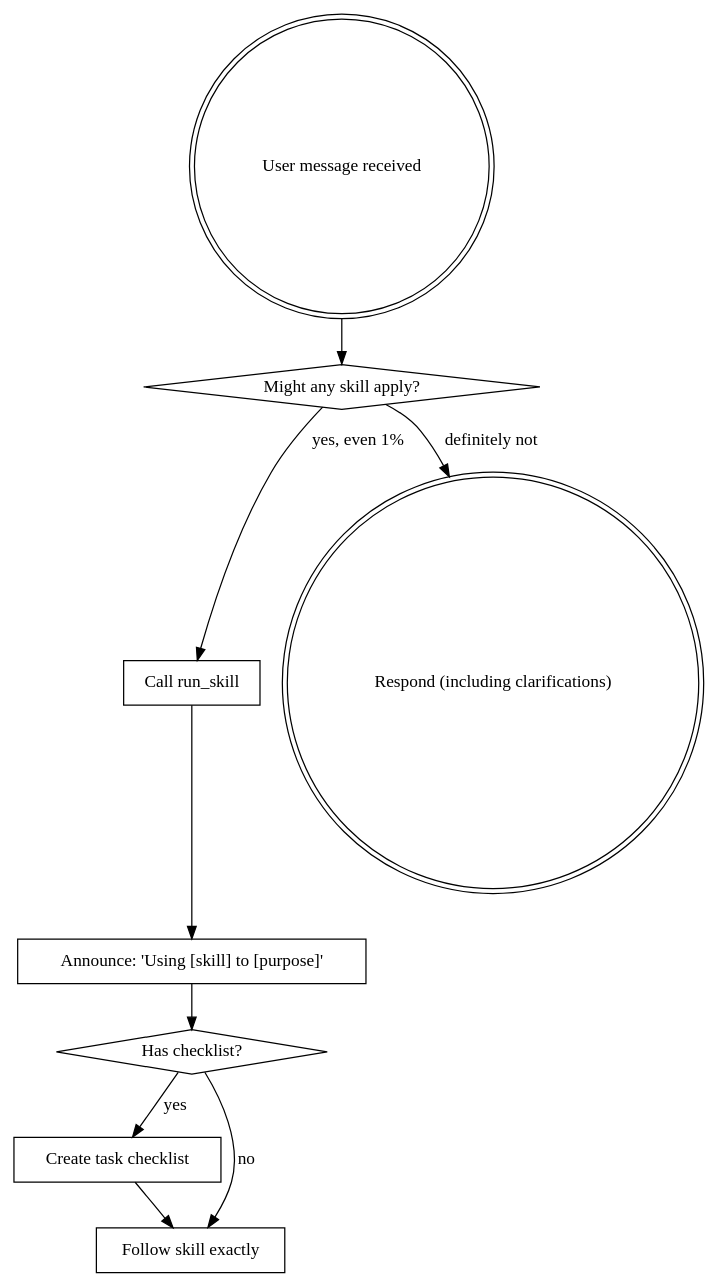
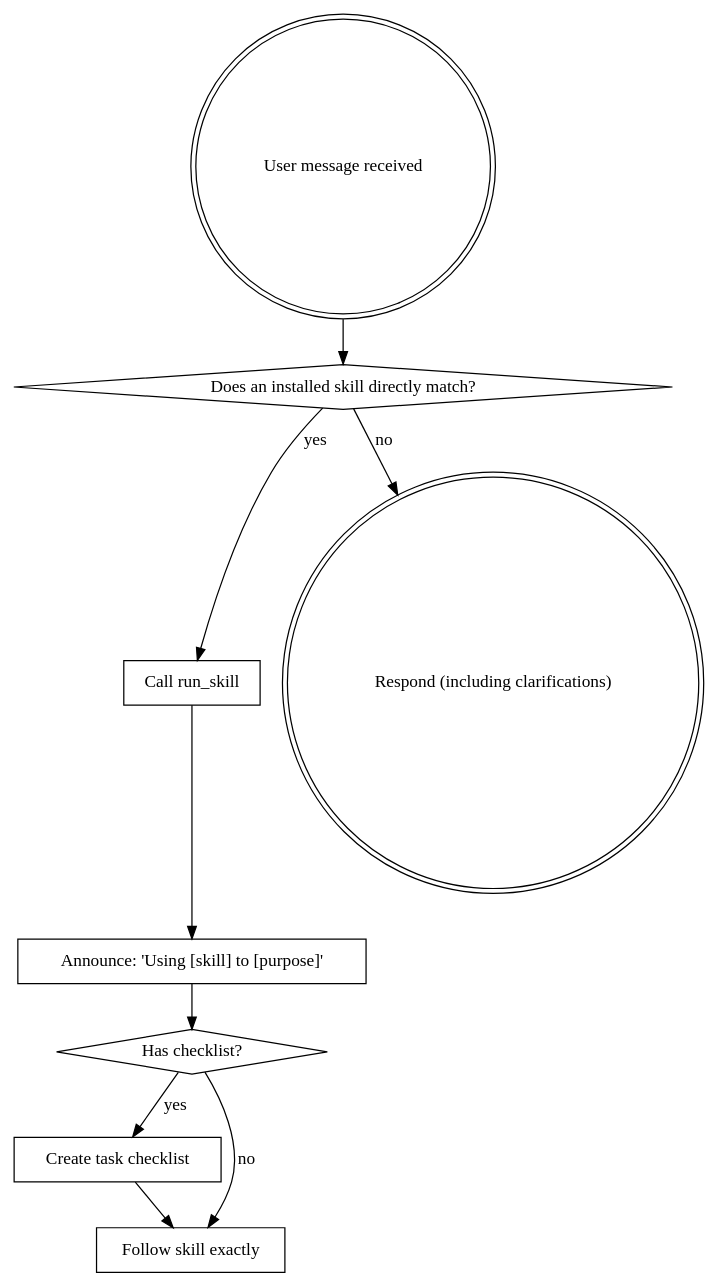
One commit to kgp0213/vis-ai changed the diagram in src-tauri/resources/bootstrap-skills/using-superpowers/SKILL.md. Above: the diagram before and after it, drawn with Graphviz. The commit also changed other lines of this file and 34 other files, not shown here.

````diff
--- a/src-tauri/resources/bootstrap-skills/using-superpowers/SKILL.md
+++ b/src-tauri/resources/bootstrap-skills/using-superpowers/SKILL.md
@@ -24,21 +18,21 @@
 ```dot
 digraph skill_flow {
     "User message received" [shape=doublecircle];
-    "Might any skill apply?" [shape=diamond];
+    "Does an installed skill directly match?" [shape=diamond];
     "Call run_skill" [shape=box];
     "Announce: 'Using [skill] to [purpose]'" [shape=box];
     "Has checklist?" [shape=diamond];
     "Create task checklist" [shape=box];
     "Follow skill exactly" [shape=box];
     "Respond (including clarifications)" [shape=doublecircle];
 
-    "User message received" -> "Might any skill apply?";
-    "Might any skill apply?" -> "Call run_skill" [label="yes, even 1%"];
-    "Might any skill apply?" -> "Respond (including clarifications)" [label="definitely not"];
+    "User message received" -> "Does an installed skill directly match?";
+    "Does an installed skill directly match?" -> "Call run_skill" [label="yes"];
+    "Does an installed skill directly match?" -> "Respond (including clarifications)" [label="no"];
     "Call run_skill" -> "Announce: 'Using [skill] to [purpose]'";
     "Announce: 'Using [skill] to [purpose]'" -> "Has checklist?";
     "Has checklist?" -> "Create task checklist" [label="yes"];
     "Has checklist?" -> "Follow skill exactly" [label="no"];
     "Create task checklist" -> "Follow skill exactly";
 }
 ```
````
